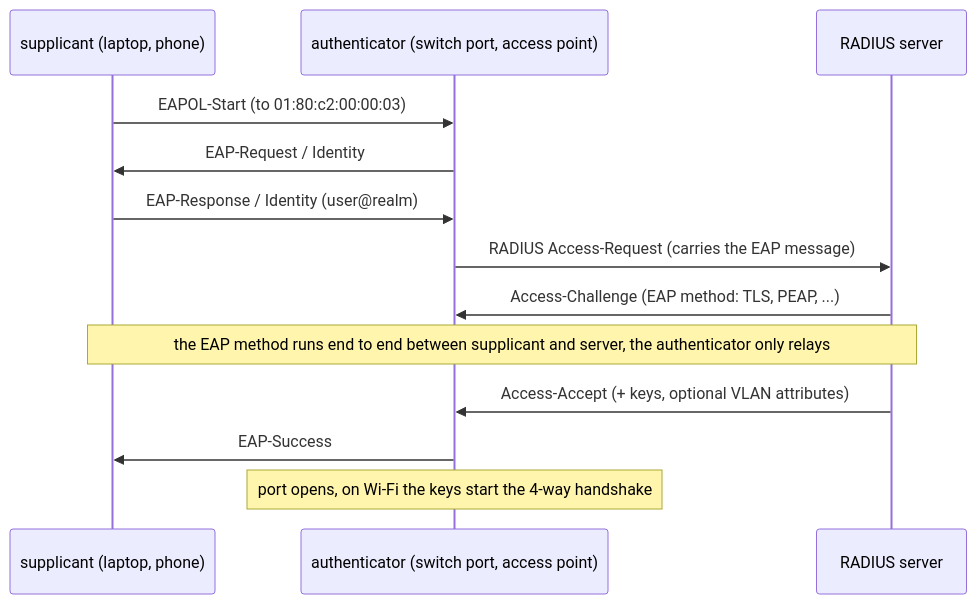
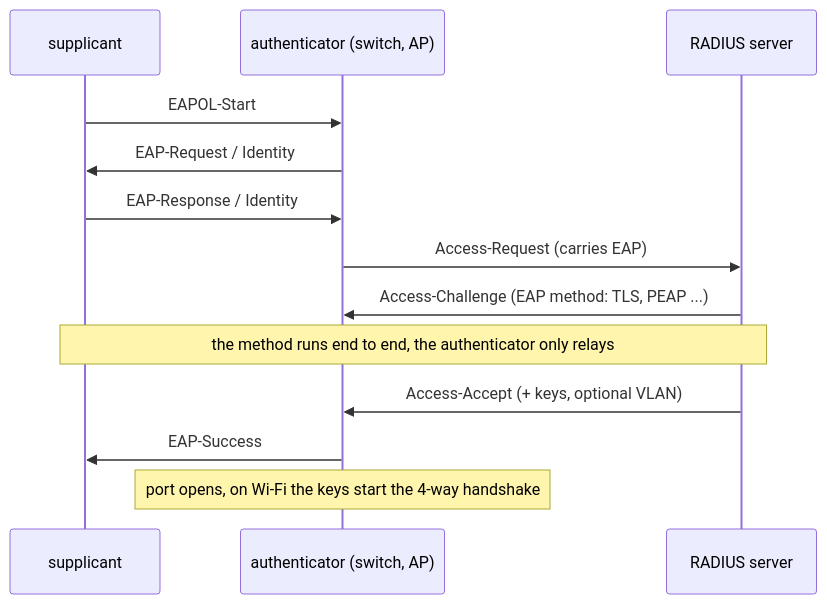
One commit to Princeahrwar/Study changed the third of 3 diagrams in 07_networking/01_network_models_and_layer2.md. Above: the diagram before and after it, drawn with Mermaid. The commit also changed other lines of this file, not shown here.

````diff
--- a/07_networking/01_network_models_and_layer2.md
+++ b/07_networking/01_network_models_and_layer2.md
@@ -1129,15 +362,15 @@
 ```mermaid
 sequenceDiagram
-  participant S as supplicant (laptop, phone)
-  participant A as authenticator (switch port, access point)
+  participant S as supplicant
+  participant A as authenticator (switch, AP)
   participant R as RADIUS server
-  S->>A: EAPOL-Start (to 01:80:c2:00:00:03)
+  S->>A: EAPOL-Start
   A->>S: EAP-Request / Identity
-  S->>A: EAP-Response / Identity (user@realm)
-  A->>R: RADIUS Access-Request (carries the EAP message)
-  R->>A: Access-Challenge (EAP method: TLS, PEAP, ...)
-  Note over S,R: the EAP method runs end to end between supplicant and server, the authenticator only relays
-  R->>A: Access-Accept (+ keys, optional VLAN attributes)
+  S->>A: EAP-Response / Identity
+  A->>R: Access-Request (carries EAP)
+  R->>A: Access-Challenge (EAP method: TLS, PEAP ...)
+  Note over S,R: the method runs end to end, the authenticator only relays
+  R->>A: Access-Accept (+ keys, optional VLAN)
   A->>S: EAP-Success
   Note over A: port opens, on Wi-Fi the keys start the 4-way handshake
 ```
````
